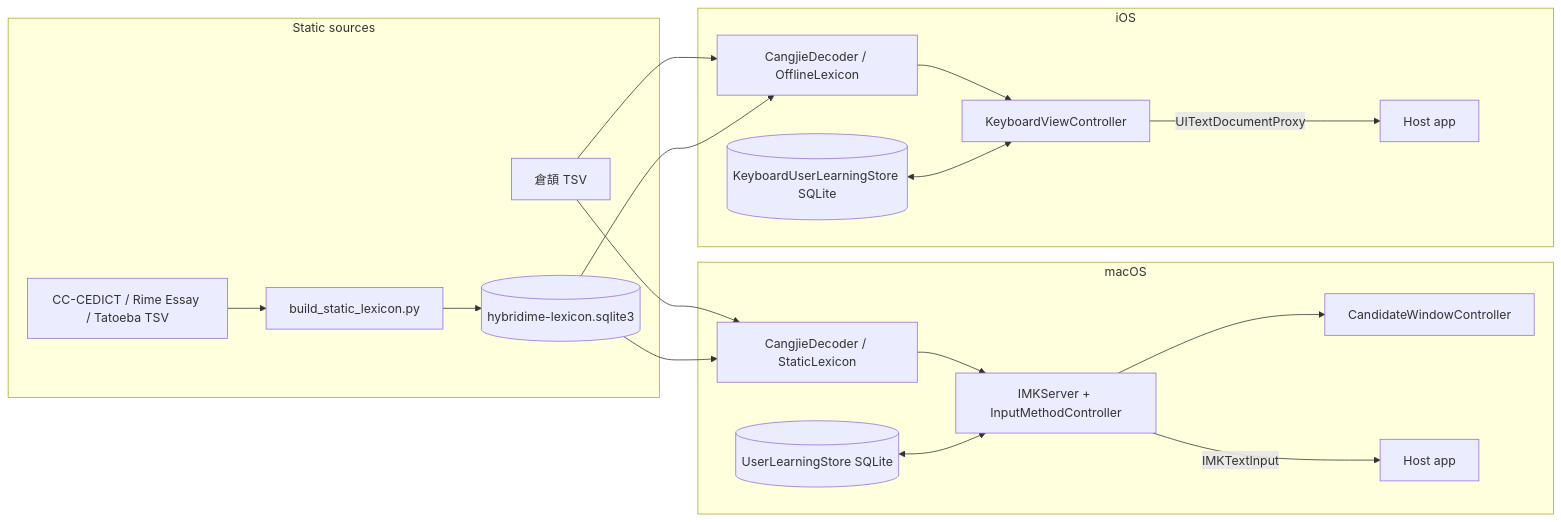
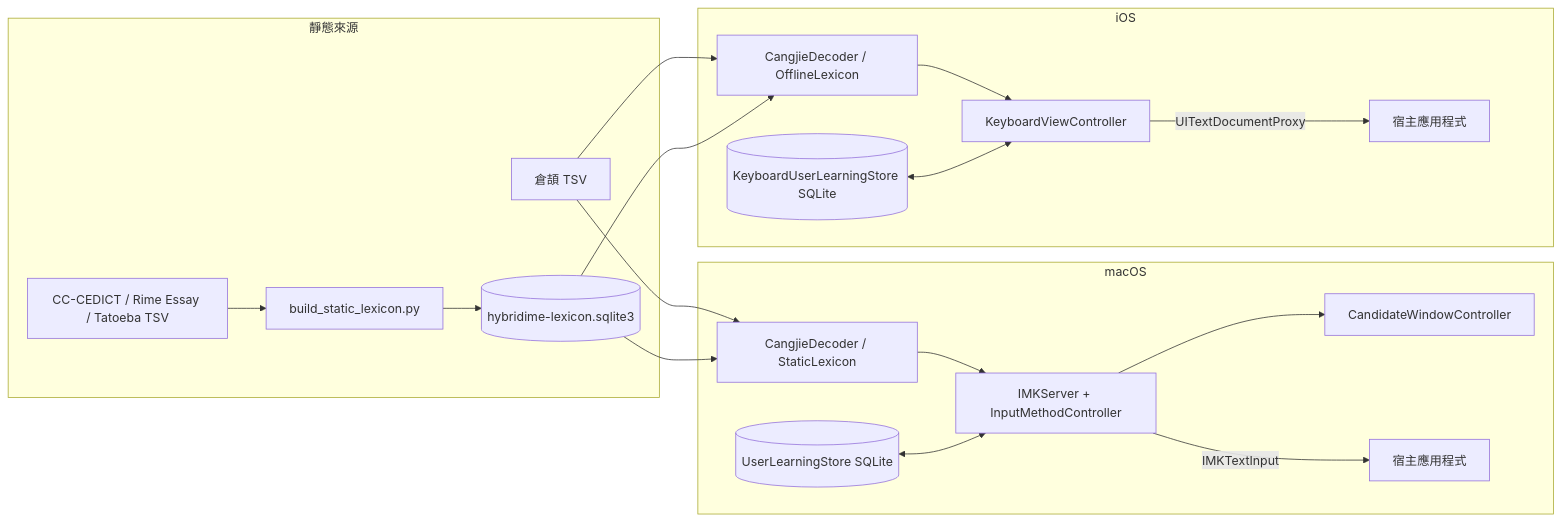
One commit to q7jxb7yxdk-star/HybridIME changed the diagram in TECHNICAL_DOCUMENTATION.md. Above: the diagram before and after it, drawn with Mermaid. The commit also changed other lines of this file and 2 other files, not shown here.

````diff
--- a/TECHNICAL_DOCUMENTATION.md
+++ b/TECHNICAL_DOCUMENTATION.md
@@ -34,34 +34,34 @@
 ```mermaid
 flowchart LR
-    subgraph Static sources
+    subgraph staticSources["靜態來源"]
         C[倉頡 TSV]
         T[CC-CEDICT / Rime Essay / Tatoeba TSV]
         B[build_static_lexicon.py]
         L[(hybridime-lexicon.sqlite3)]
         T --> B --> L
     end
 
     subgraph macOS
         IMK[IMKServer + InputMethodController]
         MC[CangjieDecoder / StaticLexicon]
         MW[(UserLearningStore SQLite)]
         MP[CandidateWindowController]
         C --> MC
         L --> MC
         MC --> IMK
         MW <--> IMK
         IMK --> MP
-        IMK -->|IMKTextInput| MH[Host app]
+        IMK -->|IMKTextInput| MH[宿主應用程式]
     end
 
     subgraph iOS
         KVC[KeyboardViewController]
         IC[CangjieDecoder / OfflineLexicon]
         IW[(KeyboardUserLearningStore SQLite)]
         C --> IC
         L --> IC
         IC --> KVC
         IW <--> KVC
-        KVC -->|UITextDocumentProxy| IH[Host app]
+        KVC -->|UITextDocumentProxy| IH[宿主應用程式]
     end
 ```
````
